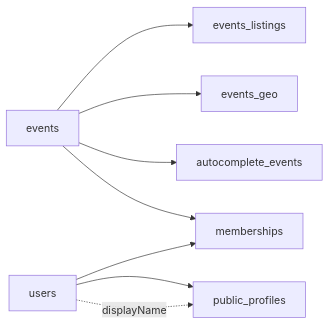
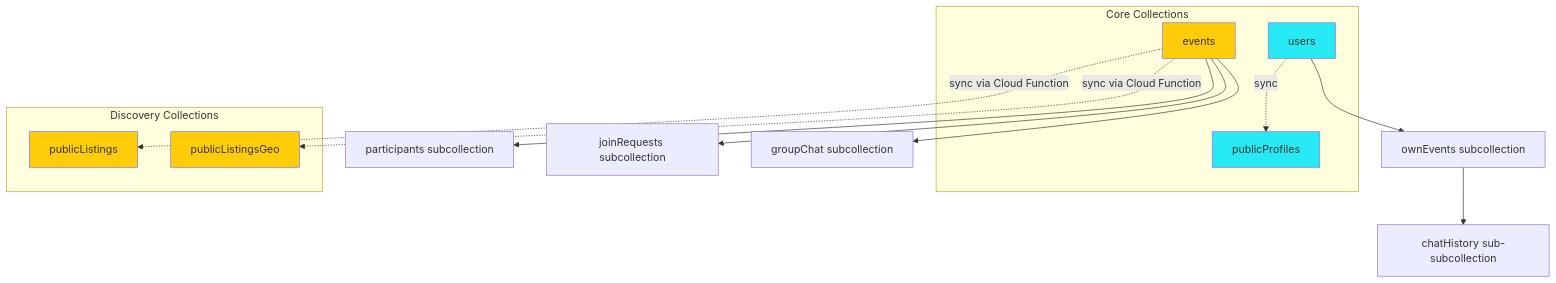
Before and after one commit to thaenor/pair-up-events: the diagram in Docs/data-model.md, drawn with Mermaid. The commit also changed other lines of this file and 351 other files, not shown here.

`````diff
--- a/Docs/data-model.md
+++ b/Docs/data-model.md
@@ -329,10 +35,30 @@
 ```mermaid
-graph LR
-  A[events] --> B[events_listings]
-  A --> C[events_geo]
-  A --> D[autocomplete_events]
-  E[users] --> F[memberships]
-  E --> G[public_profiles]
-  A --> F
-  E -.->|displayName| G
-````
+graph TB
+    subgraph "Core Collections"
+        U[users]
+        PU[publicProfiles]
+        E[events]
+    end
+
+    subgraph "Discovery Collections"
+        PL[publicListings]
+        PLG[publicListingsGeo]
+    end
+
+    U --> OE[ownEvents subcollection]
+    OE --> CH[chatHistory sub-subcollection]
+
+    E --> P[participants subcollection]
+    E --> JR[joinRequests subcollection]
+    E --> GC[groupChat subcollection]
+
+    E -.sync via Cloud Function.-> PL
+    E -.sync via Cloud Function.-> PLG
+    U -.sync.-> PU
+
+    style U fill:#27E9F3
+    style E fill:#FECC08
+    style PU fill:#27E9F3
+    style PL fill:#FECC08
+    style PLG fill:#FECC08
+```
`````
